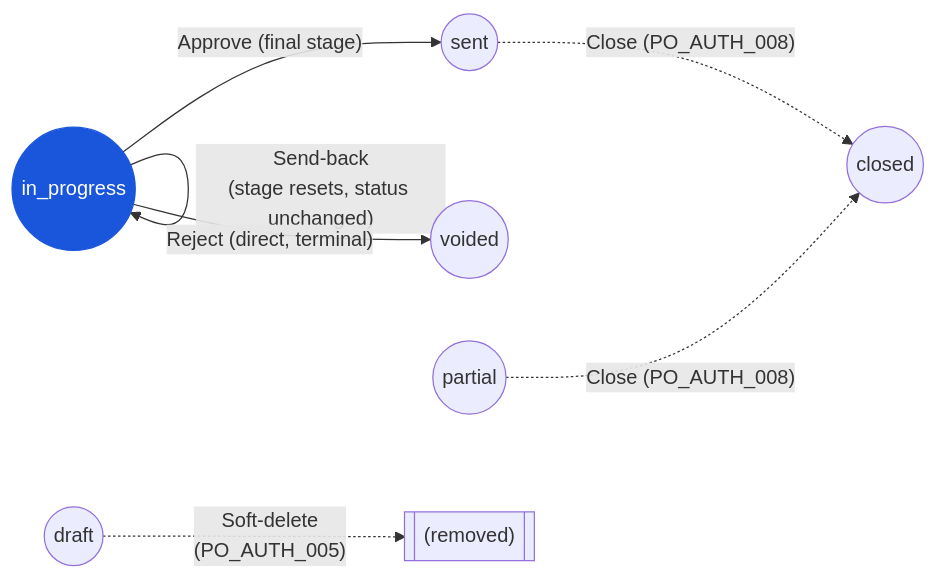
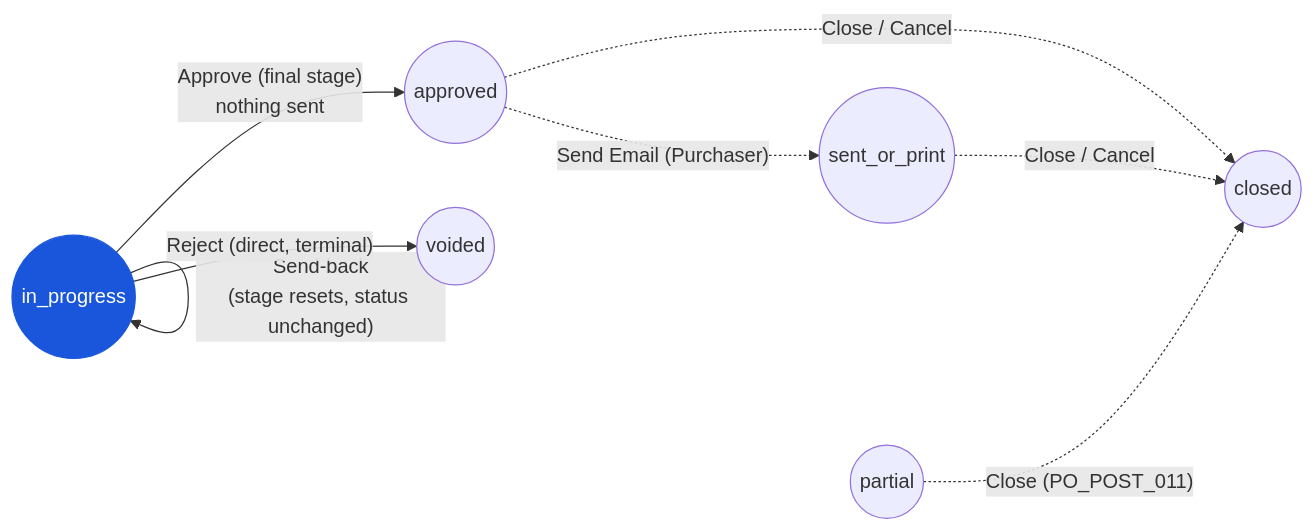
The diagram in en/inventory/purchase-order/03-user-flow-procurement-manager.md (CarmenSoftware-organization/carmen-wiki), drawn with Mermaid before and after one commit. The commit also changed other lines of this file and 19 other files, not shown here.

First line of the commit message:
docs(inventory): re-sync Purchase Order + Credit Note to HEAD (approved / sent_or_print, one row per location, CN validation)

````diff
--- a/en/inventory/purchase-order/03-user-flow-procurement-manager.md
+++ b/en/inventory/purchase-order/03-user-flow-procurement-manager.md
@@ -27,10 +27,11 @@
 ```mermaid
 graph LR
-    inprog(("in_progress")):::current -->|"Approve (final stage)"| sent(("sent"))
+    inprog(("in_progress")):::current -->|"Approve (final stage)<br/>nothing sent"| approved(("approved"))
     inprog -->|"Send-back<br/>(stage resets, status unchanged)"| inprog
     inprog -->|"Reject (direct, terminal)"| voided(("voided"))
-    draft(("draft")) -.->|"Soft-delete<br/>(PO_AUTH_005)"| gone[["(removed)"]]
-    sent -.->|"Close (PO_AUTH_008)"| closed(("closed"))
-    partial(("partial")) -.->|"Close (PO_AUTH_008)"| closed
+    approved -.->|"Send Email (Purchaser)"| sent(("sent_or_print"))
+    approved -.->|"Close / Cancel"| closed(("closed"))
+    sent -.->|"Close / Cancel"| closed
+    partial(("partial")) -.->|"Close (PO_POST_011)"| closed
     classDef current fill:#1a56db,color:#fff,stroke:#1a56db;
 ```
````
